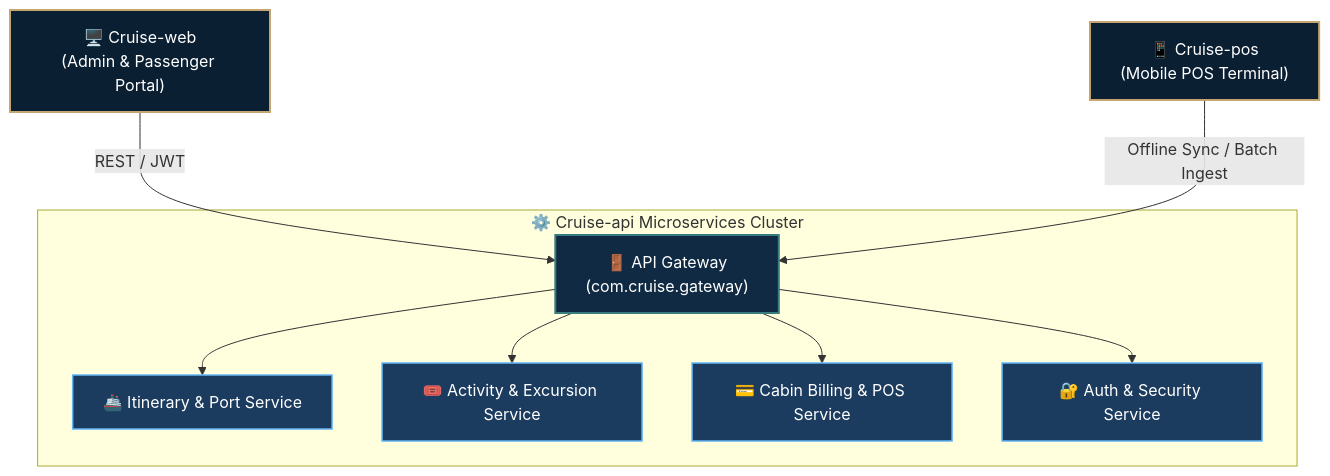
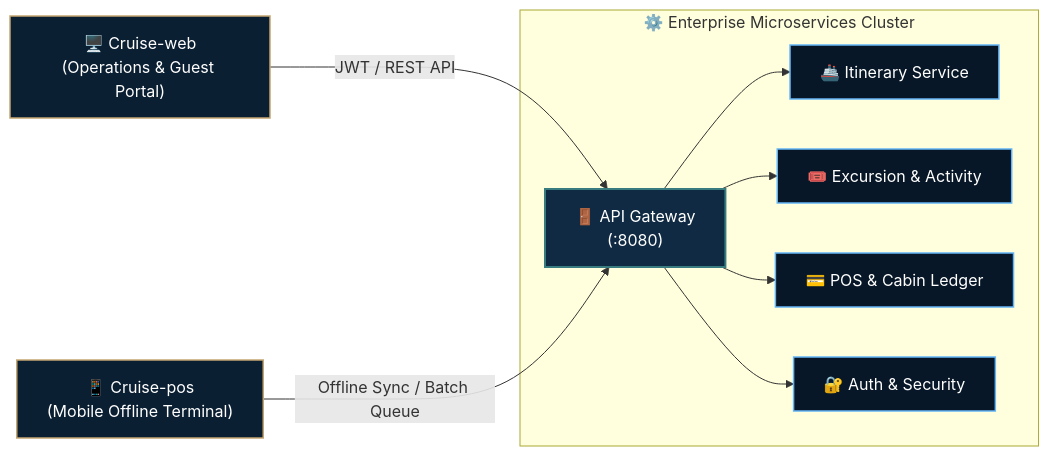
Before and after one commit to Cruise-JavaCLass/.github: the diagram in profile/README.md, drawn with Mermaid. The commit also changed other lines of this file and 2 other files, not shown here.

````diff
--- a/profile/README.md
+++ b/profile/README.md
@@ -34,21 +42,21 @@
 ```mermaid
-graph TD
-    classDef client fill:#0B1F33,stroke:#C5A572,stroke-width:2px,color:#fff;
+graph LR
+    classDef client fill:#0B1F33,stroke:#C5A572,stroke-width:1.5px,color:#fff;
     classDef gateway fill:#102A43,stroke:#397C80,stroke-width:2px,color:#fff;
-    classDef service fill:#1B3B5F,stroke:#64B5F6,stroke-width:1.5px,color:#fff;
+    classDef service fill:#071727,stroke:#64B5F6,stroke-width:1.5px,color:#fff;
 
-    WEB["🖥️ Cruise-web<br/>(Admin & Passenger Portal)"]:::client
-    POS["📱 Cruise-pos<br/>(Mobile POS Terminal)"]:::client
+    WEB["🖥️ Cruise-web<br/>(Operations & Guest Portal)"]:::client
+    POS["📱 Cruise-pos<br/>(Mobile Offline Terminal)"]:::client
 
-    GW["🚪 API Gateway<br/>(com.cruise.gateway)"]:::gateway
+    GW["🚪 API Gateway<br/>(:8080)"]:::gateway
 
-    WEB -->|REST / JWT| GW
-    POS -->|Offline Sync / Batch Ingest| GW
+    WEB -->|JWT / REST API| GW
+    POS -->|Offline Sync / Batch Queue| GW
 
-    subgraph Backend Services ["⚙️ Cruise-api Microservices Cluster"]
-        GW --> ITIN["🚢 Itinerary & Port Service"]:::service
-        GW --> ACT["🎟️ Activity & Excursion Service"]:::service
-        GW --> FOLIO["💳 Cabin Billing & POS Service"]:::service
-        GW --> AUTH["🔐 Auth & Security Service"]:::service
+    subgraph Cluster ["⚙️ Enterprise Microservices Cluster"]
+        GW --> ITIN["🚢 Itinerary Service"]:::service
+        GW --> ACT["🎟️ Excursion & Activity"]:::service
+        GW --> POSS["💳 POS & Cabin Ledger"]:::service
+        GW --> AUTH["🔐 Auth & Security"]:::service
     end
 ```
````
